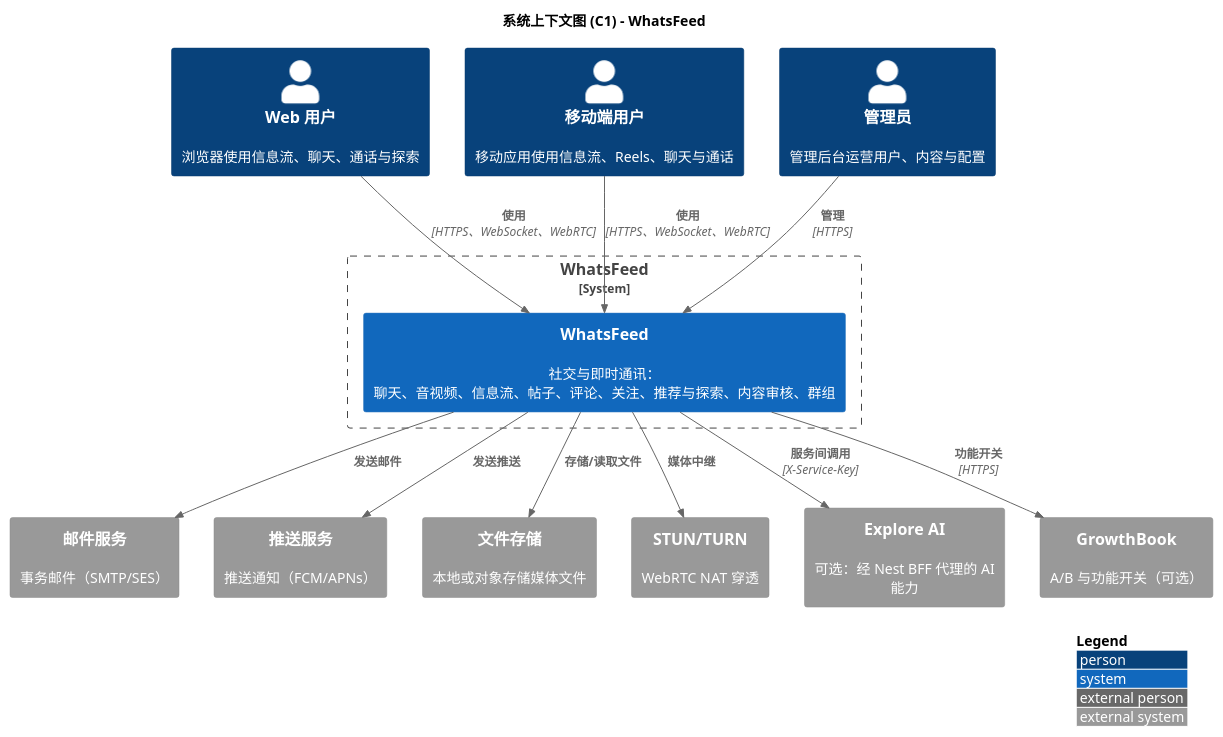
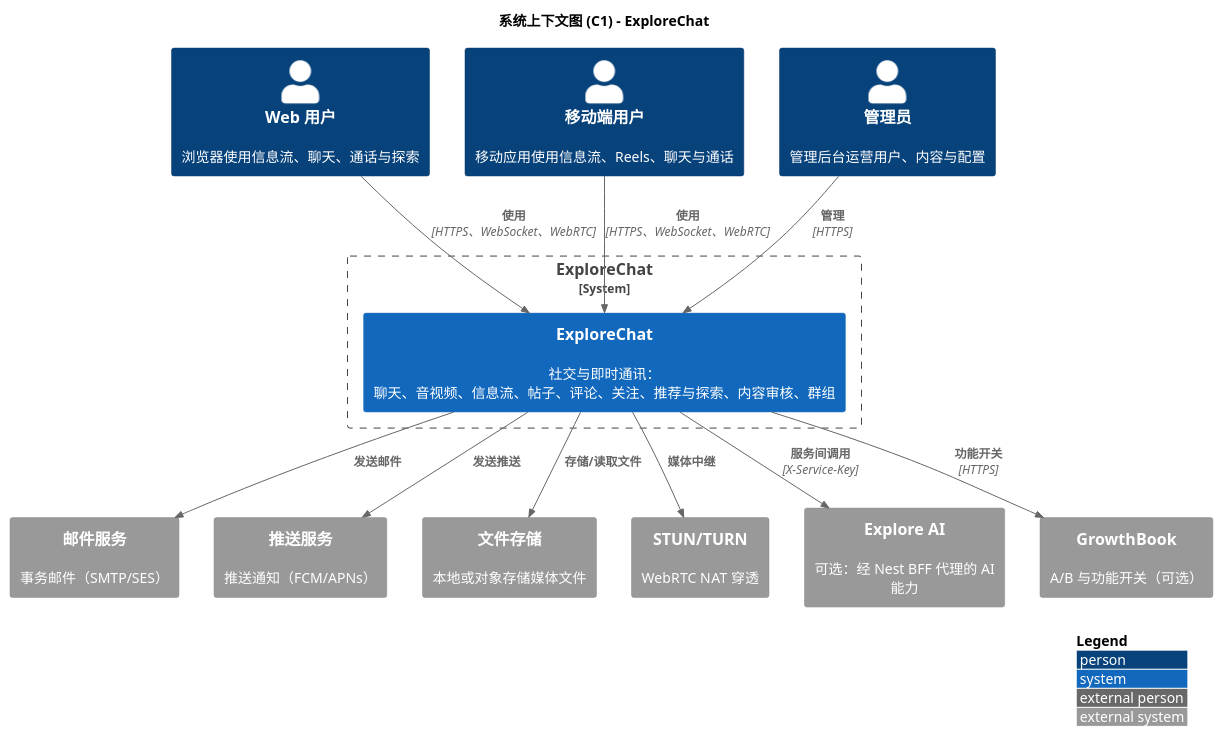
One commit to felixzhu97/explore-chat changed the diagram in docs/developer/c4-model/C1-Context.puml. Above: the diagram before and after it, drawn with PlantUML. The commit also changed 16 other files, not shown here.

First line of the commit message:
Rename project branding to ExploreChat / explore-chat (#31)

```diff
--- a/docs/developer/c4-model/C1-Context.puml
+++ b/docs/developer/c4-model/C1-Context.puml
@@ -1,33 +1,33 @@
 @startuml C1-Context
 !include https://raw.githubusercontent.com/plantuml-stdlib/C4-PlantUML/master/C4_Context.puml
 
 LAYOUT_WITH_LEGEND()
 
-title 系统上下文图 (C1) - WhatsFeed
+title 系统上下文图 (C1) - ExploreChat
 
 Person(user_web, "Web 用户", "浏览器使用信息流、聊天、通话与探索")
 Person(user_mobile, "移动端用户", "移动应用使用信息流、Reels、聊天与通话")
 Person(admin_user, "管理员", "管理后台运营用户、内容与配置")
 
-System_Boundary(whatsfeed, "WhatsFeed") {
-  System(whatsfeed_sys, "WhatsFeed", "社交与即时通讯：聊天、音视频、信息流、帖子、评论、关注、推荐与探索、内容审核、群组")
+System_Boundary(whatsfeed, "ExploreChat") {
+  System(whatsfeed_sys, "ExploreChat", "社交与即时通讯：聊天、音视频、信息流、帖子、评论、关注、推荐与探索、内容审核、群组")
 }
 
 System_Ext(email, "邮件服务", "事务邮件（SMTP/SES）")
 System_Ext(push, "推送服务", "推送通知（FCM/APNs）")
 System_Ext(storage, "文件存储", "本地或对象存储媒体文件")
 System_Ext(webrtc, "STUN/TURN", "WebRTC NAT 穿透")
 System_Ext(explore_ai, "Explore AI", "可选：经 Nest BFF 代理的 AI 能力")
 System_Ext(growthbook, "GrowthBook", "A/B 与功能开关（可选）")
 
 Rel(user_web, whatsfeed_sys, "使用", "HTTPS、WebSocket、WebRTC")
 Rel(user_mobile, whatsfeed_sys, "使用", "HTTPS、WebSocket、WebRTC")
 Rel(admin_user, whatsfeed_sys, "管理", "HTTPS")
 Rel(whatsfeed_sys, email, "发送邮件")
 Rel(whatsfeed_sys, push, "发送推送")
 Rel(whatsfeed_sys, storage, "存储/读取文件")
 Rel(whatsfeed_sys, webrtc, "媒体中继")
 Rel(whatsfeed_sys, explore_ai, "服务间调用", "X-Service-Key")
 Rel(whatsfeed_sys, growthbook, "功能开关", "HTTPS")
 
 @enduml
```
